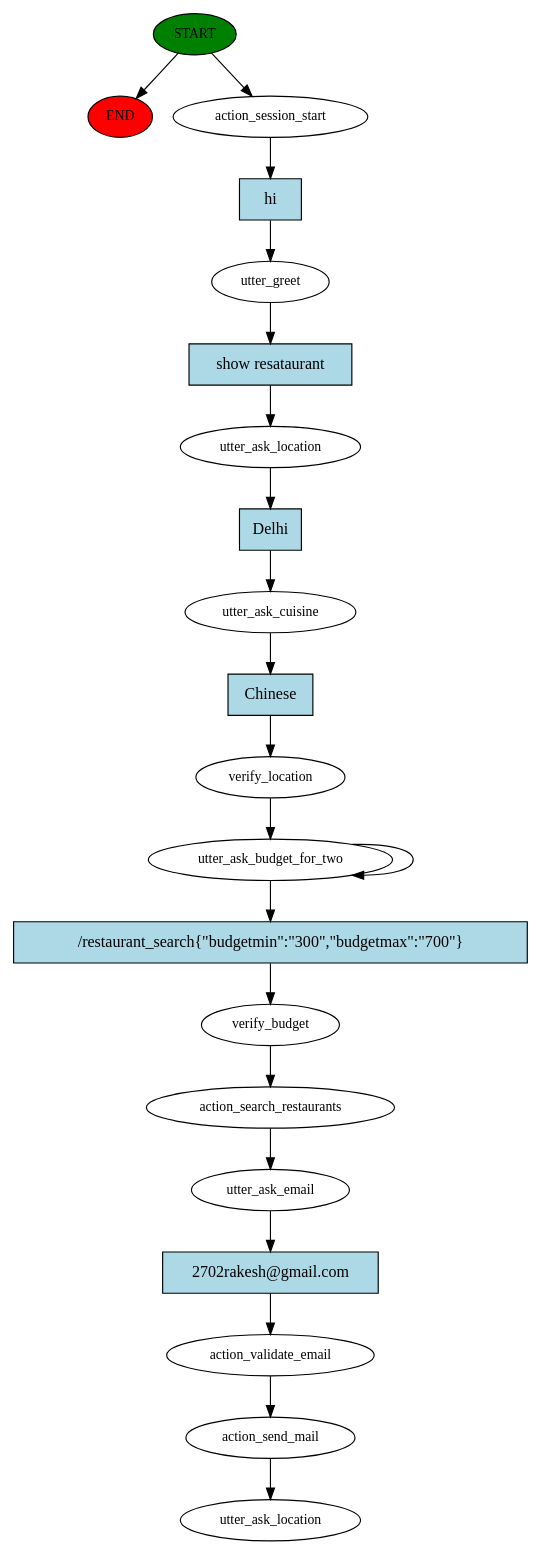
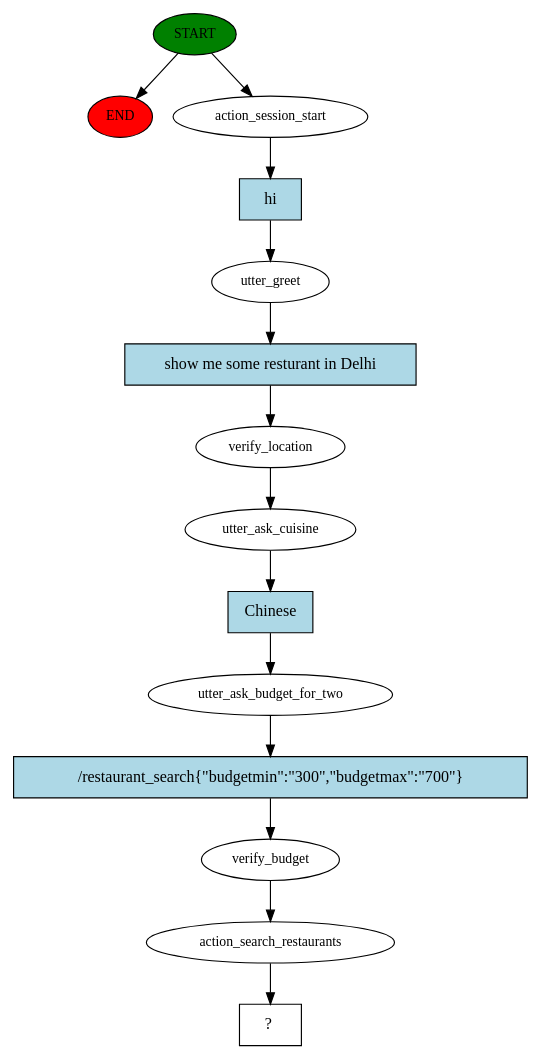
The diagram in story_graph.dot (RakeshKumar045/Restaurant_Rasa_Chatbot_Python), drawn with Graphviz before and after one commit.

Commit message:
13-Jul code foodee raka

```diff
--- a/story_graph.dot
+++ b/story_graph.dot
@@ -1,42 +1,29 @@
 digraph  {
 0 [class="start active", fillcolor=green, fontsize=12, label=START, style=filled];
 "-1" [class=end, fillcolor=red, fontsize=12, label=END, style=filled];
 1 [class=active, fontsize=12, label=action_session_start];
 2 [class=active, fontsize=12, label=utter_greet];
-3 [class=active, fontsize=12, label=utter_ask_location];
+3 [class=active, fontsize=12, label=verify_location];
 4 [class=active, fontsize=12, label=utter_ask_cuisine];
-5 [class=active, fontsize=12, label=verify_location];
-6 [class=active, fontsize=12, label=utter_ask_budget_for_two];
-8 [class=active, fontsize=12, label=verify_budget];
-9 [class=active, fontsize=12, label=action_search_restaurants];
-10 [class=active, fontsize=12, label=utter_ask_email];
-11 [class=active, fontsize=12, label=action_validate_email];
-12 [class=active, fontsize=12, label=action_send_mail];
-13 [class="dashed active", fontsize=12, label=utter_ask_location];
-14 [class="intent active", fillcolor=lightblue, label=hi, shape=rect, style=filled];
-15 [class="intent active", fillcolor=lightblue, label="show resataurant", shape=rect, style=filled];
-16 [class="intent active", fillcolor=lightblue, label=Delhi, shape=rect, style=filled];
-17 [class="intent active", fillcolor=lightblue, label=Chinese, shape=rect, style=filled];
-18 [class="intent active", fillcolor=lightblue, label="/restaurant_search{\"budgetmin\":\"300\",\"budgetmax\":\"700\"}", shape=rect, style=filled];
-19 [class="intent active", fillcolor=lightblue, label="2702rakesh@gmail.com", shape=rect, style=filled];
+5 [class=active, fontsize=12, label=utter_ask_budget_for_two];
+6 [class=active, fontsize=12, label=verify_budget];
+7 [class=active, fontsize=12, label=action_search_restaurants];
+8 [class="intent dashed active", label="  ?  ", shape=rect];
+9 [class="intent active", fillcolor=lightblue, label=hi, shape=rect, style=filled];
+10 [class="intent active", fillcolor=lightblue, label="show me some resturant in Delhi", shape=rect, style=filled];
+11 [class="intent active", fillcolor=lightblue, label=Chinese, shape=rect, style=filled];
+12 [class="intent active", fillcolor=lightblue, label="/restaurant_search{\"budgetmin\":\"300\",\"budgetmax\":\"700\"}", shape=rect, style=filled];
 0 -> "-1"  [class="", key=NONE, label=""];
 0 -> 1  [class=active, key=NONE, label=""];
-1 -> 14  [class=active, key=0];
-2 -> 15  [class=active, key=0];
-3 -> 16  [class=active, key=0];
-4 -> 17  [class=active, key=0];
-5 -> 6  [class=active, key=NONE, label=""];
-6 -> 6  [class=active, key=NONE, label=""];
-6 -> 18  [class=active, key=0];
-8 -> 9  [class=active, key=NONE, label=""];
-9 -> 10  [class=active, key=NONE, label=""];
-10 -> 19  [class=active, key=0];
-11 -> 12  [class=active, key=NONE, label=""];
-12 -> 13  [class=active, key=NONE, label=""];
-14 -> 2  [class=active, key=0];
-15 -> 3  [class=active, key=0];
-16 -> 4  [class=active, key=0];
-17 -> 5  [class=active, key=0];
-18 -> 8  [class=active, key=0];
-19 -> 11  [class=active, key=0];
+1 -> 9  [class=active, key=0];
+2 -> 10  [class=active, key=0];
+3 -> 4  [class=active, key=NONE, label=""];
+4 -> 11  [class=active, key=0];
+5 -> 12  [class=active, key=0];
+6 -> 7  [class=active, key=NONE, label=""];
+7 -> 8  [class=active, key=NONE, label=""];
+9 -> 2  [class=active, key=0];
+10 -> 3  [class=active, key=0];
+11 -> 5  [class=active, key=0];
+12 -> 6  [class=active, key=0];
 }
```
